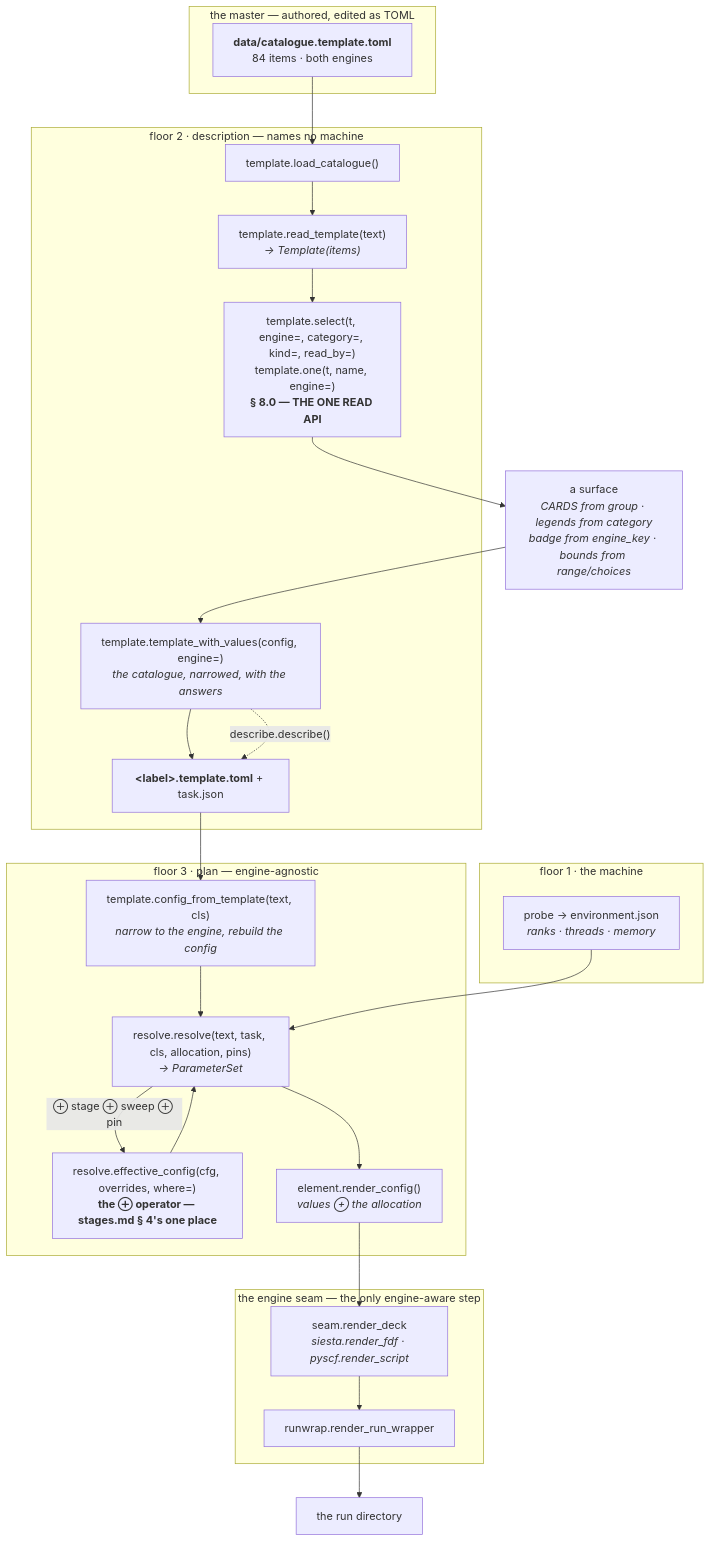
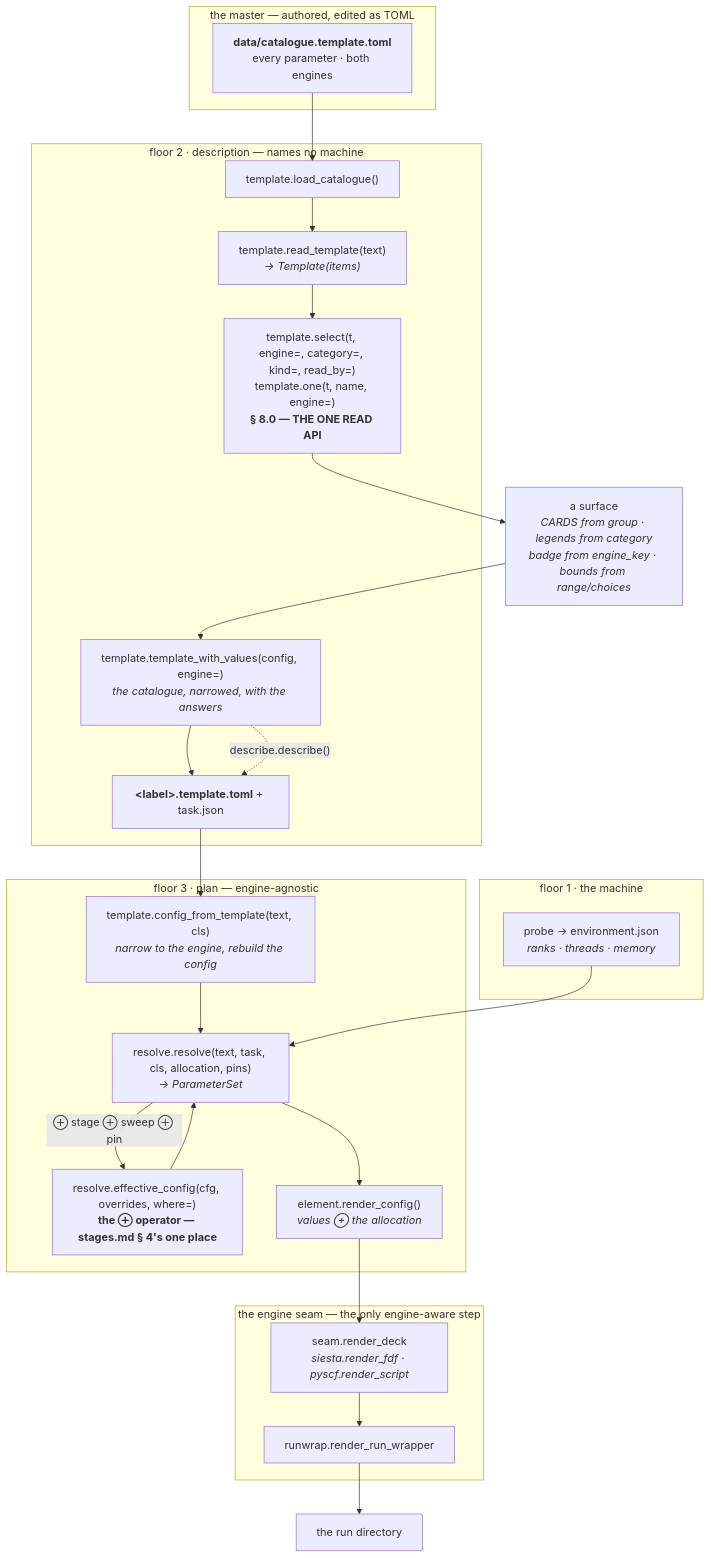
Before and after one commit to Qing-LAB/molbuilder: the sixth of 9 diagrams in docs/engines/template.md, drawn with Mermaid. The commit also changed other lines of this file and 85 other files, not shown here.

````diff
--- a/docs/engines/template.md
+++ b/docs/engines/template.md
@@ -1418,40 +1621,40 @@
 ```mermaid
 flowchart TD
     subgraph F0["the master — authored, edited as TOML"]
-      CAT["<b>data/catalogue.template.toml</b><br/>84 items · both engines"]
+      CAT["<b>data/catalogue.template.toml</b><br/>every parameter · both engines"]
     end
 
     subgraph F2["floor 2 · description — names no machine"]
       LOAD["template.load_catalogue()"]
       READ["template.read_template(text)<br/><i>→ Template(items)</i>"]
       SEL["template.select(t, engine=, category=, kind=, read_by=)<br/>template.one(t, name, engine=)<br/><b>§ 8.0 — THE ONE READ API</b>"]
       TWV["template.template_with_values(config, engine=)<br/><i>the catalogue, narrowed, with the answers</i>"]
       TPL["<b>&lt;label&gt;.template.toml</b> + task.json"]
     end
 
     subgraph F1["floor 1 · the machine"]
       ENV["probe → environment.json<br/><i>ranks · threads · memory</i>"]
     end
 
     subgraph F3["floor 3 · plan — engine-agnostic"]
       CFT["template.config_from_template(text, cls)<br/><i>narrow to the engine, rebuild the config</i>"]
       EFF["resolve.effective_config(cfg, overrides, where=)<br/><b>the ⊕ operator — stages.md § 4's one place</b>"]
       RES["resolve.resolve(text, task, cls, allocation, pins)<br/><i>→ ParameterSet</i>"]
       RC["element.render_config()<br/><i>values ⊕ the allocation</i>"]
     end
 
     subgraph FE["the engine seam — the only engine-aware step"]
       DECK["seam.render_deck<br/><i>siesta.render_fdf · pyscf.render_script</i>"]
       WRAP["runwrap.render_run_wrapper"]
     end
 
     CAT --> LOAD --> READ --> SEL
     SEL --> UI["a surface<br/><i>CARDS from group · legends from category<br/>badge from engine_key · bounds from range/choices</i>"]
     UI --> TWV --> TPL
     TWV -.->|"describe.describe()"| TPL
     TPL --> CFT --> RES
     ENV --> RES
     RES -->|"⊕ stage ⊕ sweep ⊕ pin"| EFF
     EFF --> RES
     RES --> RC --> DECK --> WRAP --> RUN["the run directory"]
 ```
````
